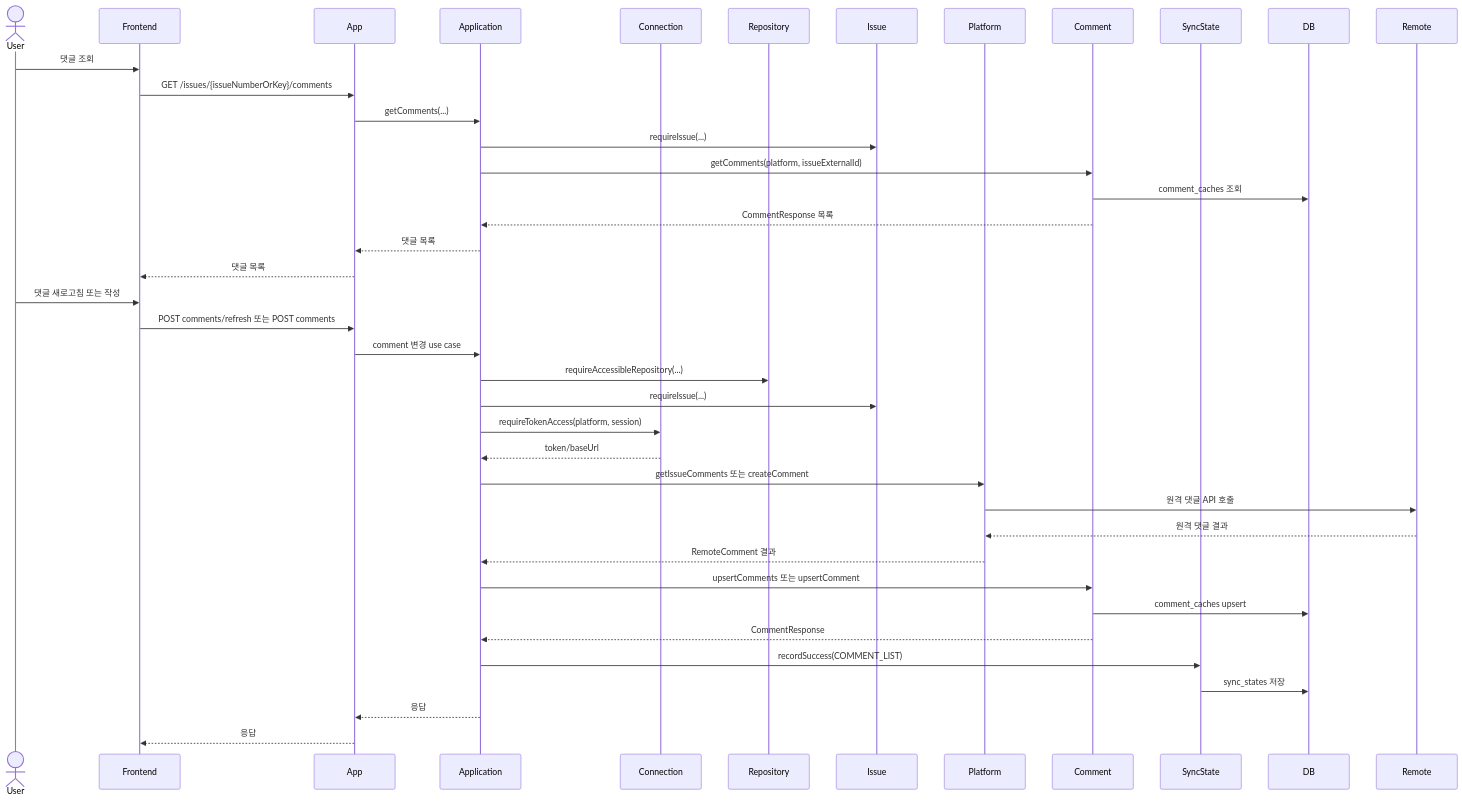
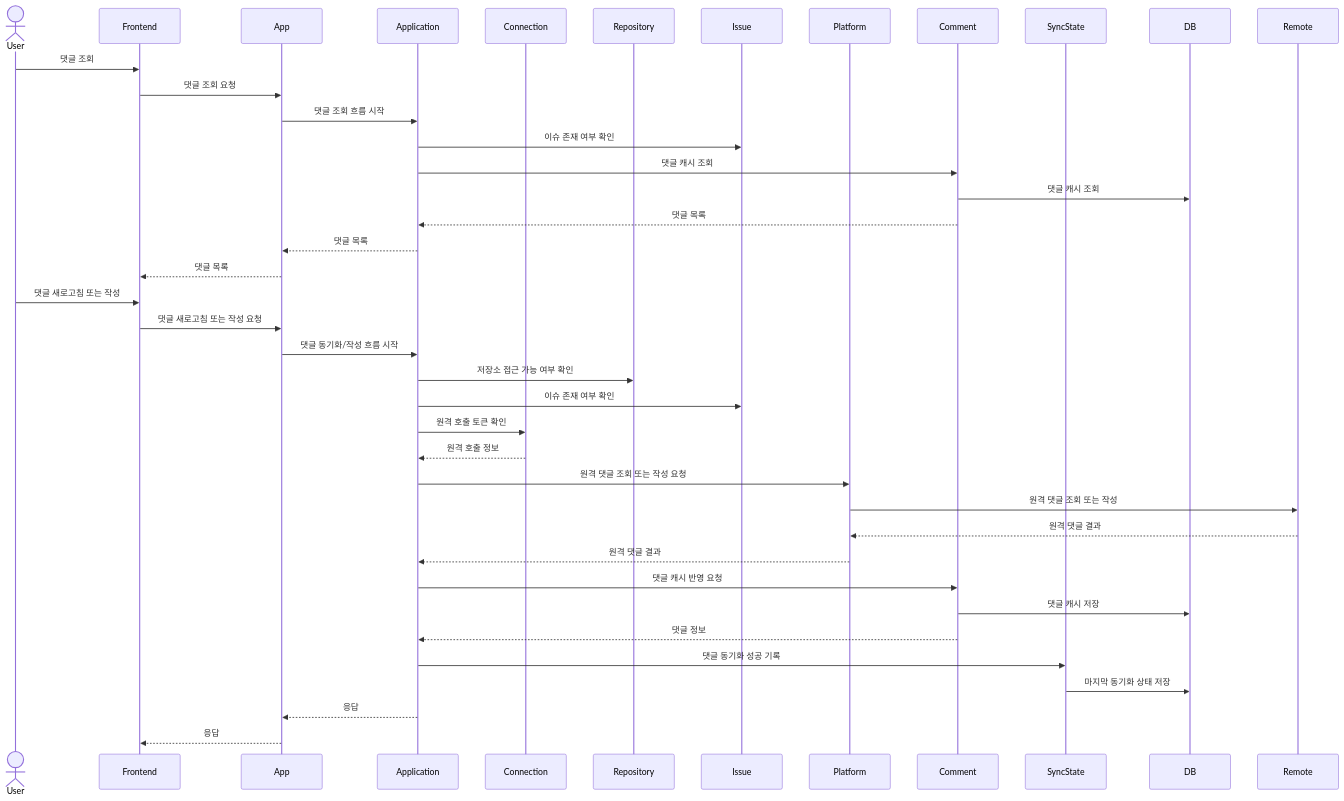
One commit to Jungwoook/github-issue-manager changed the seventh of 11 diagrams in docs/11-use-case-sequence-diagrams.md. Above: the diagram before and after it, drawn with Mermaid. The commit also changed other lines of this file and 3 other files, not shown here.

````diff
--- a/docs/11-use-case-sequence-diagrams.md
+++ b/docs/11-use-case-sequence-diagrams.md
@@ -238,44 +243,44 @@
 ```mermaid
 sequenceDiagram
     actor User
     participant Frontend
     participant App
     participant Application
     participant Connection
     participant Repository
     participant Issue
     participant Platform
     participant Comment
     participant SyncState
     participant DB
     participant Remote
 
     User->>Frontend: 댓글 조회
-    Frontend->>App: GET /issues/{issueNumberOrKey}/comments
-    App->>Application: getComments(...)
-    Application->>Issue: requireIssue(...)
-    Application->>Comment: getComments(platform, issueExternalId)
-    Comment->>DB: comment_caches 조회
-    Comment-->>Application: CommentResponse 목록
+    Frontend->>App: 댓글 조회 요청
+    App->>Application: 댓글 조회 흐름 시작
+    Application->>Issue: 이슈 존재 여부 확인
+    Application->>Comment: 댓글 캐시 조회
+    Comment->>DB: 댓글 캐시 조회
+    Comment-->>Application: 댓글 목록
     Application-->>App: 댓글 목록
     App-->>Frontend: 댓글 목록
 
     User->>Frontend: 댓글 새로고침 또는 작성
-    Frontend->>App: POST comments/refresh 또는 POST comments
-    App->>Application: comment 변경 use case
-    Application->>Repository: requireAccessibleRepository(...)
-    Application->>Issue: requireIssue(...)
-    Application->>Connection: requireTokenAccess(platform, session)
-    Connection-->>Application: token/baseUrl
-    Application->>Platform: getIssueComments 또는 createComment
-    Platform->>Remote: 원격 댓글 API 호출
+    Frontend->>App: 댓글 새로고침 또는 작성 요청
+    App->>Application: 댓글 동기화/작성 흐름 시작
+    Application->>Repository: 저장소 접근 가능 여부 확인
+    Application->>Issue: 이슈 존재 여부 확인
+    Application->>Connection: 원격 호출 토큰 확인
+    Connection-->>Application: 원격 호출 정보
+    Application->>Platform: 원격 댓글 조회 또는 작성 요청
+    Platform->>Remote: 원격 댓글 조회 또는 작성
     Remote-->>Platform: 원격 댓글 결과
-    Platform-->>Application: RemoteComment 결과
-    Application->>Comment: upsertComments 또는 upsertComment
-    Comment->>DB: comment_caches upsert
-    Comment-->>Application: CommentResponse
-    Application->>SyncState: recordSuccess(COMMENT_LIST)
-    SyncState->>DB: sync_states 저장
+    Platform-->>Application: 원격 댓글 결과
+    Application->>Comment: 댓글 캐시 반영 요청
+    Comment->>DB: 댓글 캐시 저장
+    Comment-->>Application: 댓글 정보
+    Application->>SyncState: 댓글 동기화 성공 기록
+    SyncState->>DB: 마지막 동기화 상태 저장
     Application-->>App: 응답
     App-->>Frontend: 응답
 ```
````
